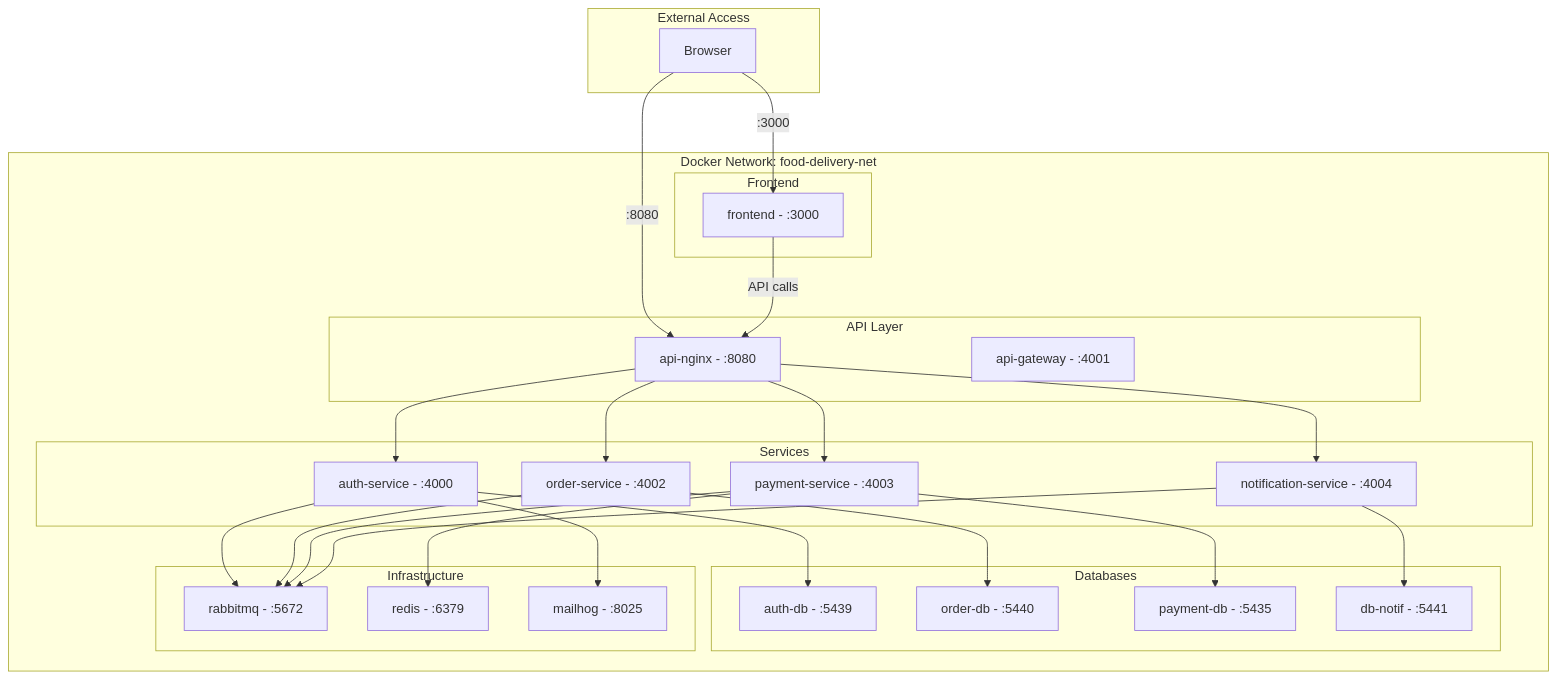
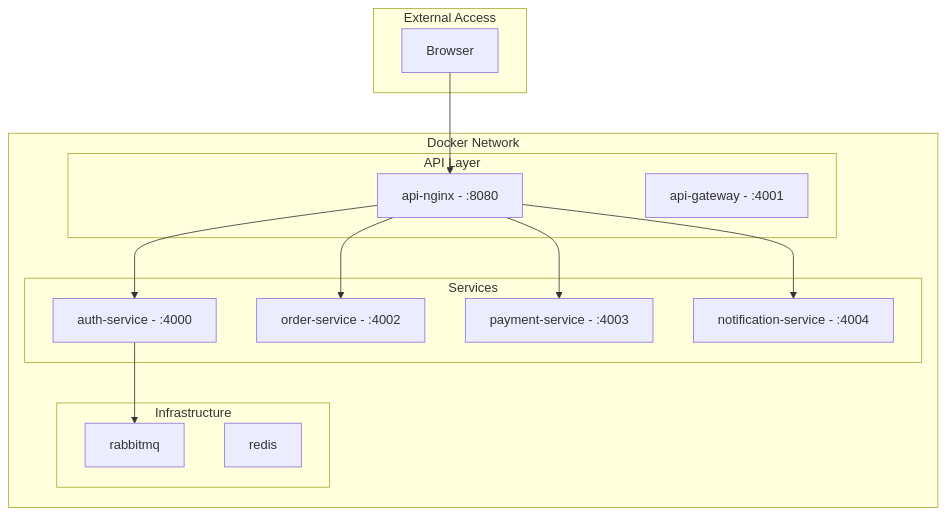
Diagram 17 of 22 in profile/README.md (Food-Delivery-Aggregator/.github), drawn with Mermaid before and after one commit. The commit also changed other lines of this file, not shown here.

````diff
--- a/profile/README.md
+++ b/profile/README.md
@@ -1469,60 +1484,32 @@
 ```mermaid
 flowchart TB
     subgraph "External Access"
         BROWSER["Browser"]
     end
 
-    subgraph "Docker Network: food-delivery-net"
-        subgraph "Frontend"
-            FE["frontend - :3000"]
-        end
-
+    subgraph "Docker Network"
         subgraph "API Layer"
             NGINX["api-nginx - :8080"]
             GW["api-gateway - :4001"]
         end
 
         subgraph "Services"
             AUTH["auth-service - :4000"]
             ORDER["order-service - :4002"]
             PAY["payment-service - :4003"]
             NOTIF["notification-service - :4004"]
         end
 
-        subgraph "Databases"
-            AUTH_DB["auth-db - :5439"]
-            ORDER_DB["order-db - :5440"]
-            PAY_DB["payment-db - :5435"]
-            NOTIF_DB["db-notif - :5441"]
-        end
-
         subgraph "Infrastructure"
-            RMQ["rabbitmq - :5672"]
-            REDIS["redis - :6379"]
-            MAIL["mailhog - :8025"]
+            RMQ["rabbitmq"]
+            REDIS["redis"]
         end
     end
 
-    BROWSER -->|":3000"| FE
-    BROWSER -->|":8080"| NGINX
-    FE -->|"API calls"| NGINX
-
+    BROWSER --> NGINX
     NGINX --> AUTH
     NGINX --> ORDER
     NGINX --> PAY
     NGINX --> NOTIF
-
-    AUTH --> AUTH_DB
     AUTH --> RMQ
-    AUTH --> MAIL
-
-    ORDER --> ORDER_DB
-    ORDER --> RMQ
-
-    PAY --> PAY_DB
-    PAY --> REDIS
-    PAY --> RMQ
-
-    NOTIF --> NOTIF_DB
-    NOTIF --> RMQ
 ```
````
